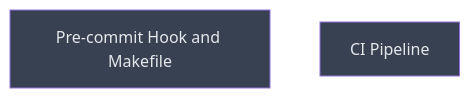
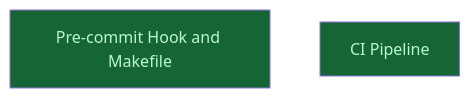
The diagram in __roadmap__/skill-cicd/local-toolchain/README.md (CrackingShells/cracking-shells-playbook), drawn with Mermaid before and after one commit. The commit also changed other lines of this file and 3 other files, not shown here.

Commit message:
chore(roadmap): mark all skill-cicd nodes done

````diff
--- a/__roadmap__/skill-cicd/local-toolchain/README.md
+++ b/__roadmap__/skill-cicd/local-toolchain/README.md
@@ -23,10 +23,10 @@
 ```mermaid
 graph TD
-    hook-and-makefile[Pre-commit Hook and Makefile]:::planned
-    ci-pipeline[CI Pipeline]:::planned
+    hook-and-makefile[Pre-commit Hook and Makefile]:::done
+    ci-pipeline[CI Pipeline]:::done
     classDef done       fill:#166534,color:#bbf7d0
     classDef inprogress fill:#854d0e,color:#fef08a
     classDef planned    fill:#374151,color:#e5e7eb
     classDef amendment  fill:#1e3a5f,color:#bfdbfe
     classDef blocked    fill:#7f1d1d,color:#fecaca
 ```
````
